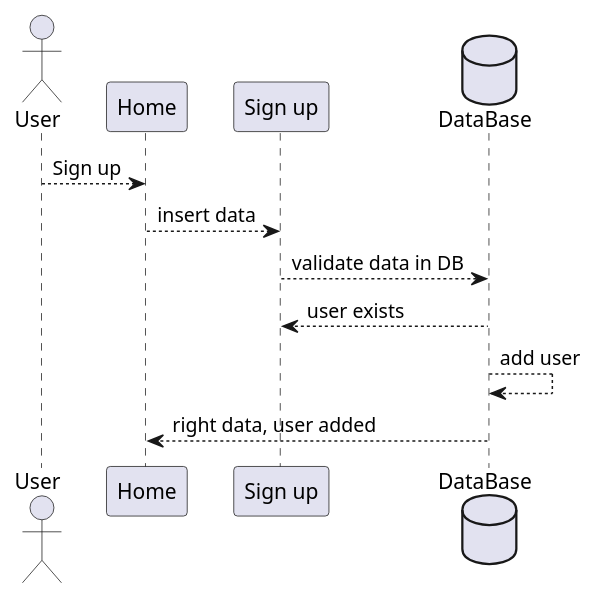
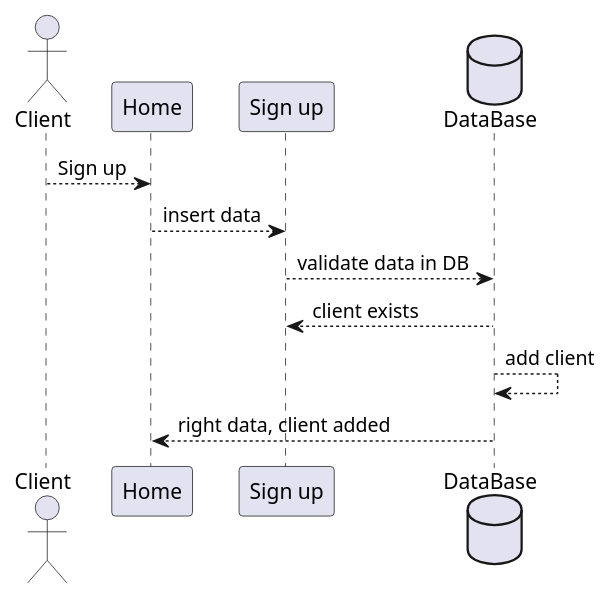
One commit to Arquisoft/dede_es3b changed the second of 3 diagrams in docs/06_runtime_view.adoc. Above: the diagram before and after it, drawn with PlantUML. The commit also changed other lines of this file, not shown here.

```diff
--- a/docs/06_runtime_view.adoc
+++ b/docs/06_runtime_view.adoc
@@ -64,13 +69,13 @@
 [plantuml,"Sequence diagram",png]
 ----
-actor User
+actor Client
 participant "Home"
 participant "Sign up"
 database DataBase
-User --> "Home": Sign up
+Client --> "Home": Sign up
 "Home" --> "Sign up": insert data
 "Sign up" --> DataBase : validate data in DB
-DataBase --> "Sign up": user exists
-DataBase --> DataBase: add user
-DataBase --> "Home": right data, user added
+DataBase --> "Sign up": client exists
+DataBase --> DataBase: add client
+DataBase --> "Home": right data, client added
 ----
```
